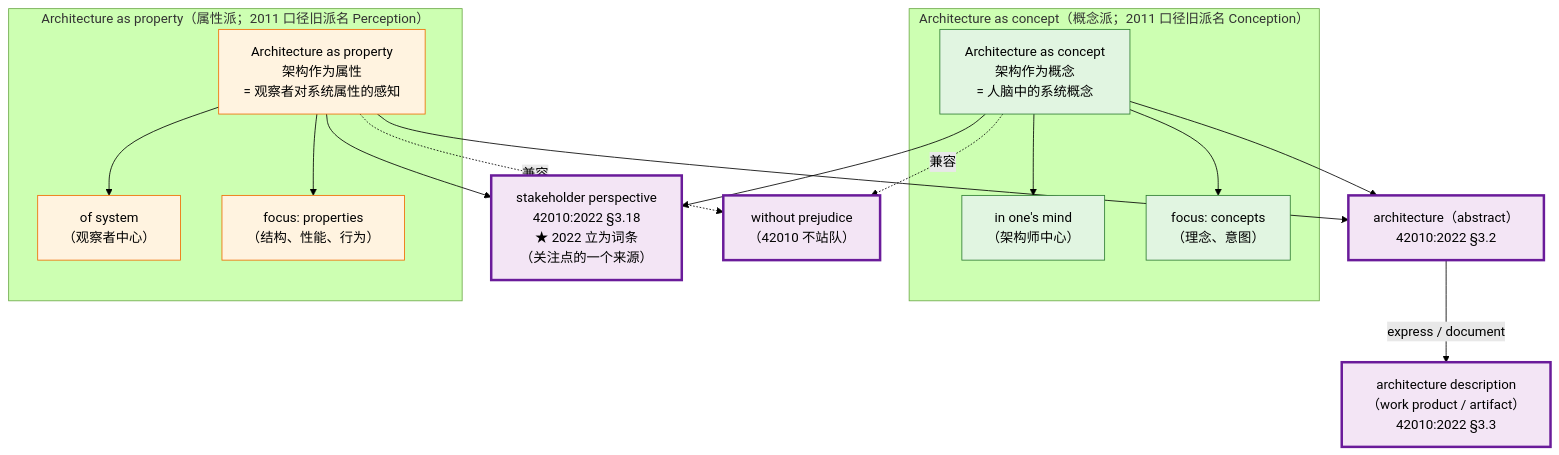
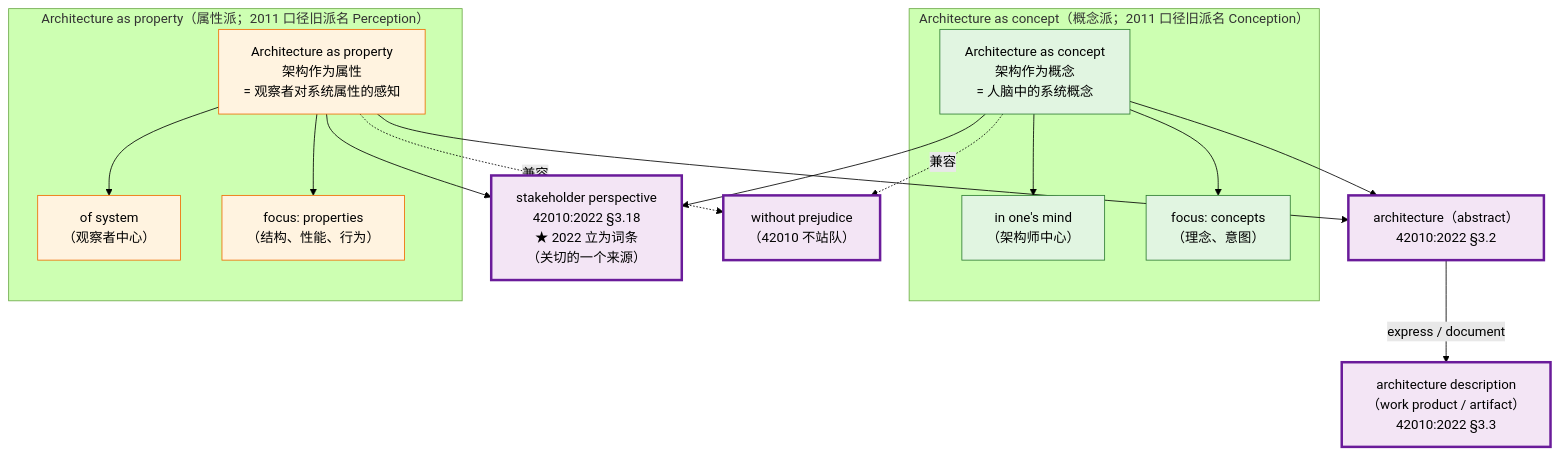
The ninth of 17 diagrams in 10-系统工程研究/00-系统工程相关研究报告/22-架构、概念、属性研究报告—术语权威定义与对照分析.md (Yongjunzhou/business-Engineering), drawn with Mermaid (forest theme) before and after one commit. The commit also changed other lines of this file and 33 other files, not shown here.

````diff
--- a/10-系统工程研究/00-系统工程相关研究报告/22-架构、概念、属性研究报告—术语权威定义与对照分析.md
+++ b/10-系统工程研究/00-系统工程相关研究报告/22-架构、概念、属性研究报告—术语权威定义与对照分析.md
@@ -851,39 +851,39 @@
 ```mermaid
 flowchart TB
     subgraph "Architecture as concept（概念派；2011 口径旧派名 Conception）"
         C["Architecture as concept<br/>架构作为概念<br/>= 人脑中的系统概念"]
         IC["in one's mind<br/>（架构师中心）"]
         CF["focus: concepts<br/>（理念、意图）"]
         C --> IC
         C --> CF
     end
 
     subgraph "Architecture as property（属性派；2011 口径旧派名 Perception）"
         P["Architecture as property<br/>架构作为属性<br/>= 观察者对系统属性的感知"]
         IP["of system<br/>（观察者中心）"]
         PF["focus: properties<br/>（结构、性能、行为）"]
         P --> IP
         P --> PF
     end
 
     ARCH["architecture（abstract）<br/>42010:2022 §3.2"]
     AD["architecture description<br/>（work product / artifact）<br/>42010:2022 §3.3"]
-    SP["stakeholder perspective<br/>42010:2022 §3.18<br/>★ 2022 立为词条<br/>（关注点的一个来源）"]
+    SP["stakeholder perspective<br/>42010:2022 §3.18<br/>★ 2022 立为词条<br/>（关切的一个来源）"]
 
     C --> ARCH
     P --> ARCH
     ARCH -->|"express / document"| AD
     C --> SP
     P --> SP
 
     WITHOUT["without prejudice<br/>（42010 不站队）"]
     C -.兼容.-> WITHOUT
     P -.兼容.-> WITHOUT
 
     classDef conception fill:#e1f5e1,stroke:#2e7d32
     classDef perception fill:#fff3e0,stroke:#ef6c00
     classDef center fill:#f3e5f5,stroke:#6a1b9a,stroke-width:3px
     class C,IC,CF conception
     class P,IP,PF perception
     class ARCH,AD,SP,WITHOUT center
 ```
````
